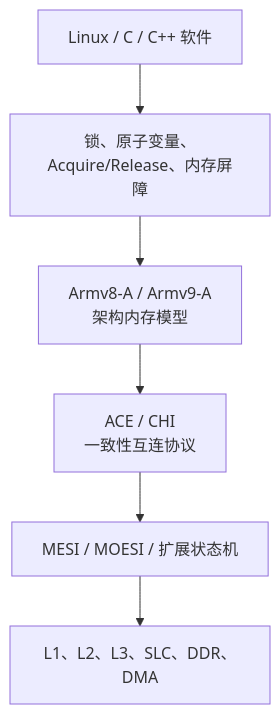
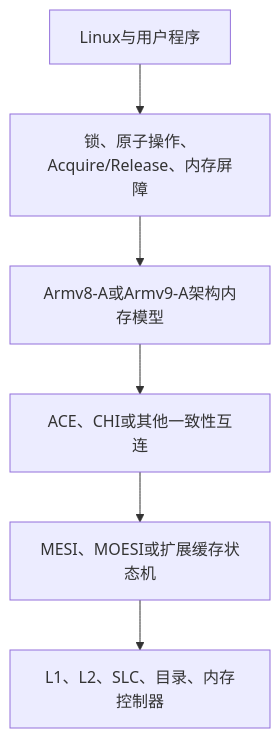
The eighth of 9 diagrams in knowledge/foundations/computer_architecture/cache_coheren/内存一致性_MESI.md (FormingSystem/linux_note), drawn with Mermaid before and after one commit. The commit also changed other lines of this file and 5 other files, not shown here.

````diff
--- a/knowledge/foundations/computer_architecture/cache_coheren/内存一致性_MESI.md
+++ b/knowledge/foundations/computer_architecture/cache_coheren/内存一致性_MESI.md
@@ -403,15 +367,15 @@
 ```mermaid
 flowchart TB
-    SW["Linux / C / C++ 软件"]
-    API["锁、原子变量、Acquire/Release、内存屏障"]
-    ARCH["Armv8-A / Armv9-A<br/>架构内存模型"]
-    BUS["ACE / CHI<br/>一致性互连协议"]
-    CACHE["MESI / MOESI / 扩展状态机"]
-    PHYS["L1、L2、L3、SLC、DDR、DMA"]
+    SW["Linux与用户程序"]
+    API["锁、原子操作、Acquire/Release、内存屏障"]
+    ARCH["Armv8-A或Armv9-A架构内存模型"]
+    INTERCONNECT["ACE、CHI或其他一致性互连"]
+    STATE["MESI、MOESI或扩展缓存状态机"]
+    HW["L1、L2、SLC、目录、内存控制器"]
 
     SW --> API
     API --> ARCH
-    ARCH --> BUS
-    BUS --> CACHE
-    CACHE --> PHYS
+    ARCH --> INTERCONNECT
+    INTERCONNECT --> STATE
+    STATE --> HW
 ```
````
